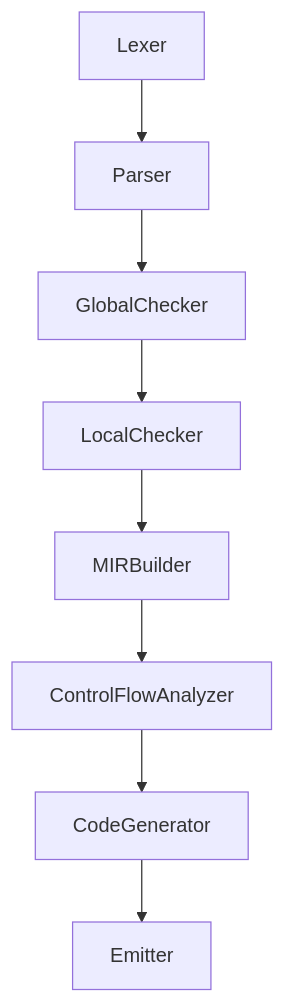
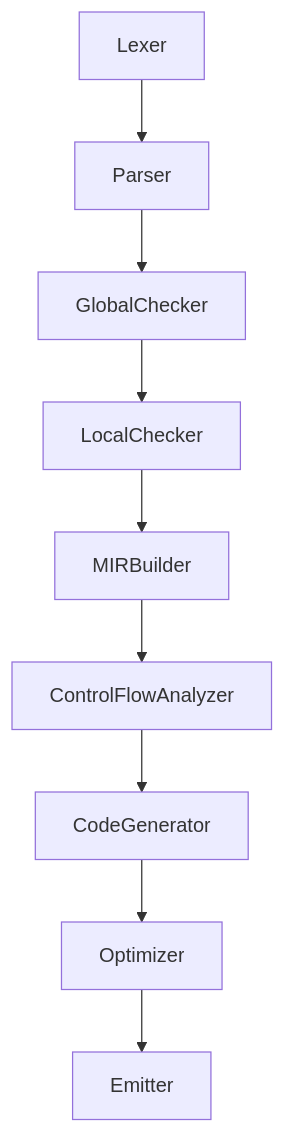
One commit to Brian-Magnuson/nico changed the first of 2 diagrams in docs/design/multi_file_compilation.md. Above: the diagram before and after it, drawn with Mermaid. The commit also changed other lines of this file, not shown here.

````diff
--- a/docs/design/multi_file_compilation.md
+++ b/docs/design/multi_file_compilation.md
@@ -270,10 +270,11 @@
 ```mermaid
 flowchart TD
     Lexer --> Parser
     Parser --> GlobalChecker
     GlobalChecker --> LocalChecker
     LocalChecker --> MIRBuilder
     MIRBuilder --> ControlFlowAnalyzer
     ControlFlowAnalyzer --> CodeGenerator
-    CodeGenerator --> Emitter
+    CodeGenerator --> Optimizer
+    Optimizer --> Emitter
 ```
````
